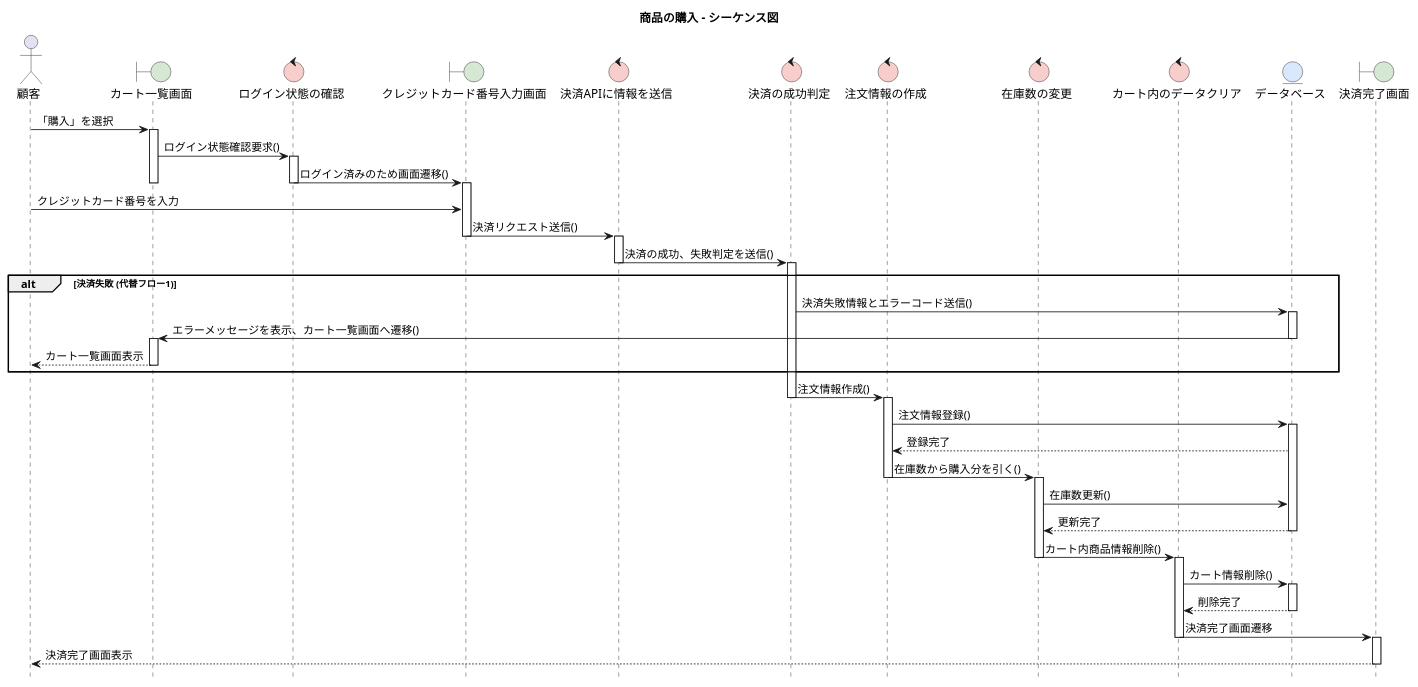
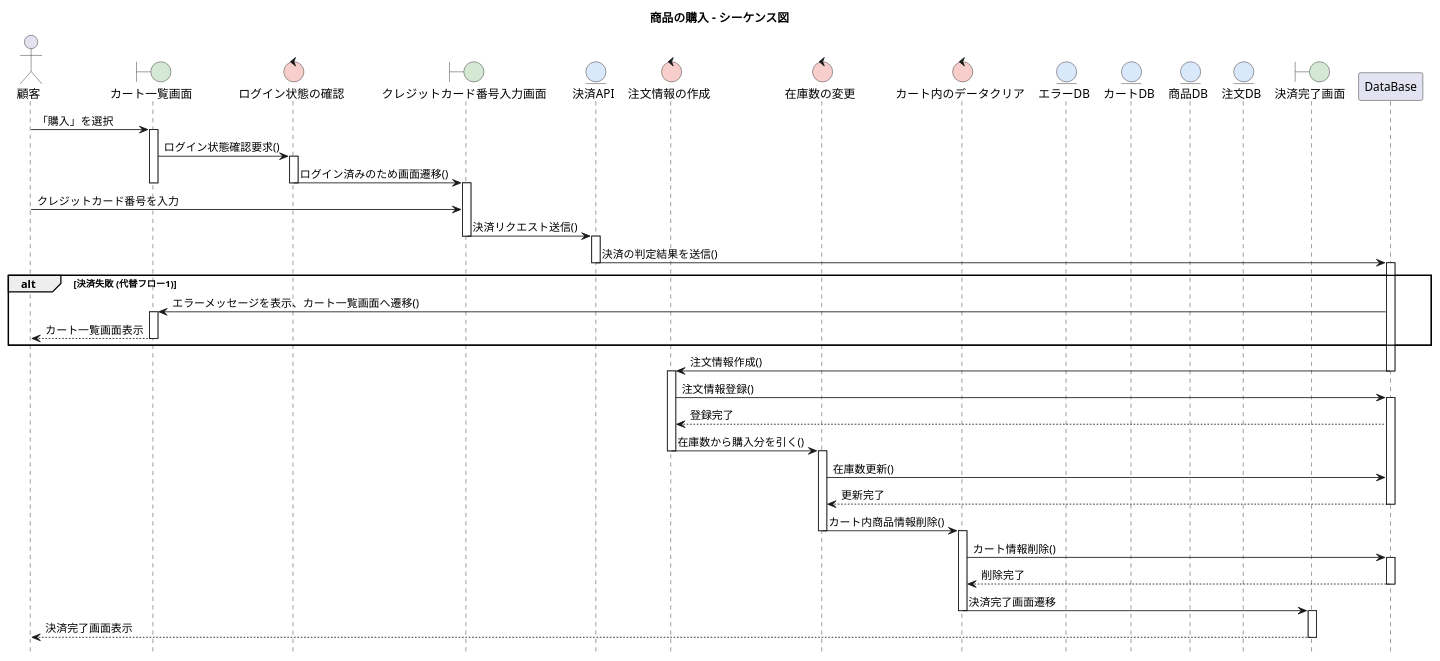
The diagram in BB/sequence_purchase.pu (FujikawaHirono0520/group3_1_dogdog), drawn with PlantUML before and after one commit.

Commit message:
購入　シーケンス

```diff
--- a/BB/sequence_purchase.pu
+++ b/BB/sequence_purchase.pu
@@ -1,79 +1,76 @@
 @startuml
 title 商品の購入 - シーケンス図
 skinparam boundaryBackgroundColor #D5E8D4
 skinparam controlBackgroundColor  #F8CECC
 skinparam entityBackgroundColor   #DAE8FC
 
 hide footbox
 
 actor 顧客
 boundary "カート一覧画面" as CartView
 control "ログイン状態の確認" as LoginCheck 
 boundary "クレジットカード番号入力画面" as CardInputView
-control "決済APIに情報を送信" as PaymentSend
-control "決済の成功判定" as PaymentResult
+entity "決済API" as PaymentAPI
 control "注文情報の作成" as CreateOrder
 control "在庫数の変更" as ChangeStock
 control "カート内のデータクリア" as ClearCart
-entity "データベース" as DataBase
+entity "エラーDB" as ErrorDataBase
+entity "カートDB" as CartDataBase
+entity "商品DB" as GoodsDataBase
+entity "注文DB" as OrderDataBase
 boundary "決済完了画面" as CompleteView
 顧客 -> CartView : 「購入」を選択
 activate CartView
 
 CartView -> LoginCheck : ログイン状態確認要求()
 activate LoginCheck
 LoginCheck -> CardInputView : ログイン済みのため画面遷移()
 deactivate LoginCheck
 deactivate CartView
 activate CardInputView
 
 顧客 -> CardInputView : クレジットカード番号を入力
-CardInputView -> PaymentSend : 決済リクエスト送信()
+CardInputView -> PaymentAPI : 決済リクエスト送信()
 deactivate CardInputView
-activate PaymentSend
+activate PaymentAPI
 
-PaymentSend -> PaymentResult : 決済の成功、失敗判定を送信()
-deactivate PaymentSend
-activate PaymentResult
+PaymentAPI -> DataBase : 決済の判定結果を送信()
+deactivate PaymentAPI
+activate DataBase
 alt 決済失敗 (代替フロー1)
-    PaymentResult -> DataBase : 決済失敗情報とエラーコード送信()
-    activate DataBase
-    
-
     DataBase -> CartView : エラーメッセージを表示、カート一覧画面へ遷移()
-    deactivate DataBase
     activate CartView
     
     CartView --> 顧客 : カート一覧画面表示
     deactivate CartView
 end
-    PaymentResult -> CreateOrder : 注文情報作成()
-    deactivate PaymentResult
+    DataBase -> CreateOrder : 注文情報作成()
+    deactivate DataBase
     activate CreateOrder
     CreateOrder -> DataBase : 注文情報登録()
     activate DataBase
     DataBase --> CreateOrder : 登録完了
 
     CreateOrder -> ChangeStock : 在庫数から購入分を引く()
     deactivate CreateOrder
     activate ChangeStock
     ChangeStock -> DataBase : 在庫数更新()
     DataBase --> ChangeStock : 更新完了
     deactivate DataBase
     
     ChangeStock -> ClearCart : カート内商品情報削除()
     deactivate ChangeStock
     activate ClearCart
     ClearCart -> DataBase : カート情報削除()
     activate DataBase
     DataBase --> ClearCart : 削除完了
     deactivate DataBase
 
     ClearCart -> CompleteView : 決済完了画面遷移
     deactivate ClearCart
     activate CompleteView
     
     CompleteView --> 顧客 : 決済完了画面表示
     deactivate CompleteView
 
 @enduml
```
